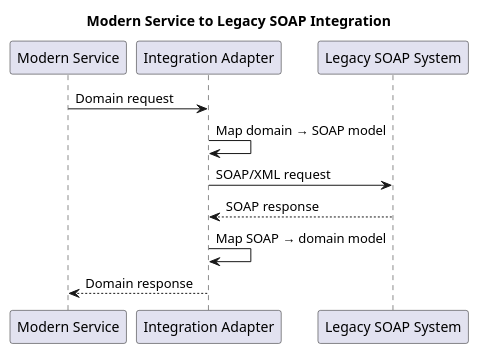
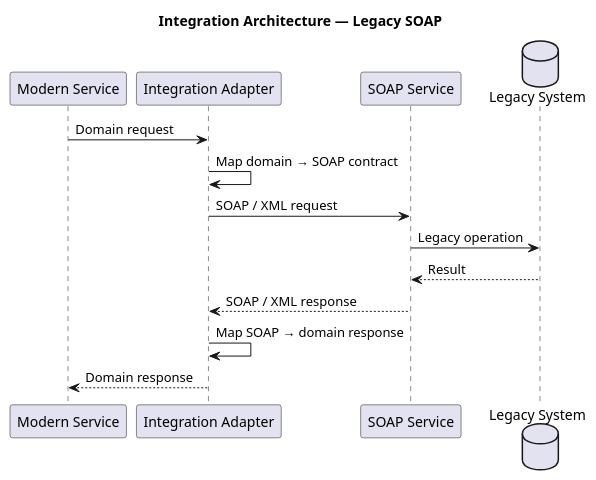
Before and after one commit to konstantin-kuzovkin/architecture-portfolio: the diagram in 03-integration-architecture/diagrams/legacy-soap.puml, drawn with PlantUML.

```diff
--- a/03-integration-architecture/diagrams/legacy-soap.puml
+++ b/03-integration-architecture/diagrams/legacy-soap.puml
@@ -1,16 +1,26 @@
 @startuml
+title Integration Architecture — Legacy SOAP
 
-title Modern Service to Legacy SOAP Integration
+skinparam componentStyle rectangle
+skinparam shadowing false
 
 participant "Modern Service" as Modern
 participant "Integration Adapter" as Adapter
-participant "Legacy SOAP System" as Legacy
+participant "SOAP Service" as SOAP
+database "Legacy System" as Legacy
 
 Modern -> Adapter : Domain request
-Adapter -> Adapter : Map domain → SOAP model
-Adapter -> Legacy : SOAP/XML request
-Legacy --> Adapter : SOAP response
-Adapter -> Adapter : Map SOAP → domain model
+
+Adapter -> Adapter : Map domain → SOAP contract
+
+Adapter -> SOAP : SOAP / XML request
+SOAP -> Legacy : Legacy operation
+
+Legacy --> SOAP : Result
+SOAP --> Adapter : SOAP / XML response
+
+Adapter -> Adapter : Map SOAP → domain response
+
 Adapter --> Modern : Domain response
 
 @enduml
```
